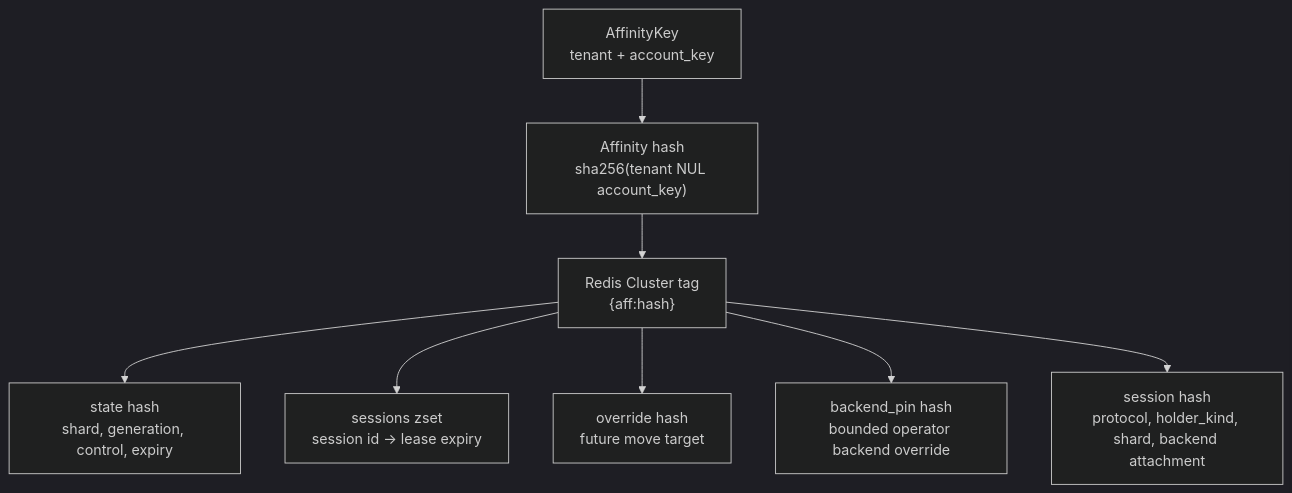
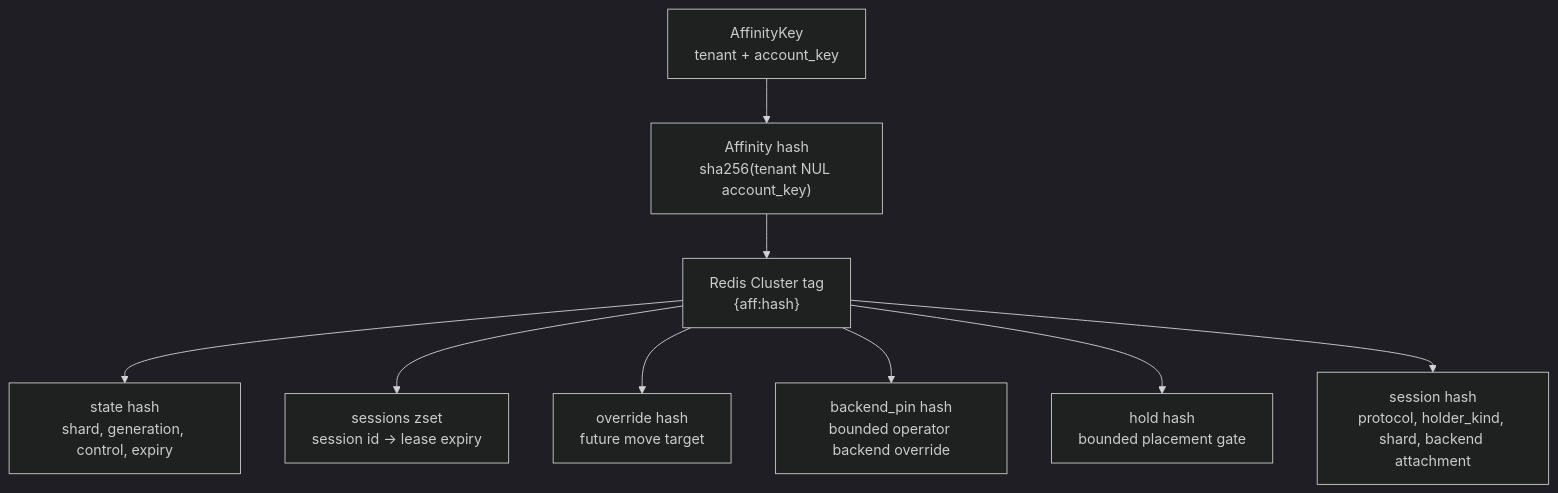
One commit to croessner/nauthilus-director changed the first of 7 diagrams in docs/developer/AFFINITY_SESSION_HANDLING.md. Above: the diagram before and after it, drawn with Mermaid (dark theme). The commit also changed other lines of this file and 8 other files, not shown here.

First line of the commit message:
Add: Redis-backed user placement hold state

````diff
--- a/docs/developer/AFFINITY_SESSION_HANDLING.md
+++ b/docs/developer/AFFINITY_SESSION_HANDLING.md
@@ -50,10 +51,11 @@
 ```mermaid
 flowchart TB
     A["AffinityKey<br/>tenant + account_key"] --> H["Affinity hash<br/>sha256(tenant NUL account_key)"]
     H --> G["Redis Cluster tag<br/>{aff:hash}"]
     G --> S["state hash<br/>shard, generation, control, expiry"]
     G --> Z["sessions zset<br/>session id -> lease expiry"]
     G --> O["override hash<br/>future move target"]
     G --> P["backend_pin hash<br/>bounded operator backend override"]
+    G --> Q["hold hash<br/>bounded placement gate"]
     G --> K["session hash<br/>protocol, holder_kind, shard, backend attachment"]
 ```
````
